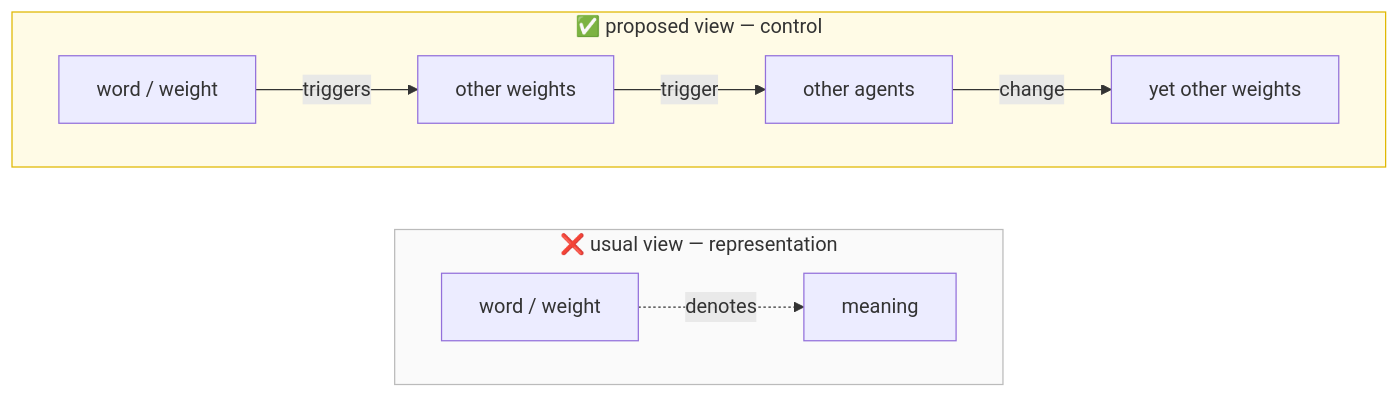
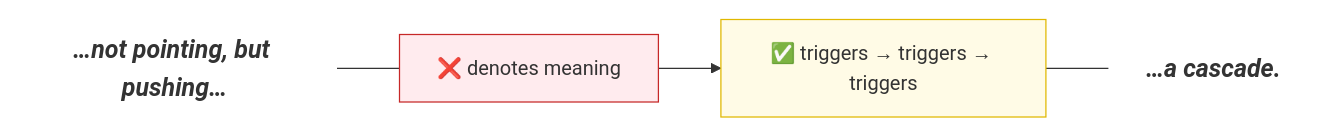
The second of 5 diagrams in daily/2026-06-28 - The Society of Knowledge - Words and weights as marks.md (ArthurSrz/knowledge_glossary), drawn with Mermaid before and after one commit. The commit also changed other lines of this file, not shown here.

````diff
--- a/daily/2026-06-28 - The Society of Knowledge - Words and weights as marks.md
+++ b/daily/2026-06-28 - The Society of Knowledge - Words and weights as marks.md
@@ -17,16 +19,9 @@
 ```mermaid
 graph LR
-    subgraph OLD["❌ usual view — representation"]
-        direction LR
-        W1["word / weight"] -.->|"denotes"| M1["meaning"]
-    end
-    subgraph NEW["✅ proposed view — control"]
-        direction LR
-        W2["word / weight"] -->|"triggers"| WX["other weights"]
-
-        WX -->|"trigger"| AX["other agents"]
-        AX -->|"change"| WY["yet other weights"]
-    end
-    style OLD fill:#fafafa,stroke:#bbb
+    LEAD["…not pointing, but pushing…"]:::ghost --- OLD["❌ denotes meaning"]
+    OLD --> NEW["✅ triggers → triggers → triggers"]
+    NEW --- TAIL["…a cascade."]:::ghost
+    classDef ghost fill:none,stroke:none,color:#333,font-size:20px,font-style:italic,font-weight:bold
+    style OLD fill:#ffebee,stroke:#c62828
     style NEW fill:#fffbe6,stroke:#e0b800
 ```
````
